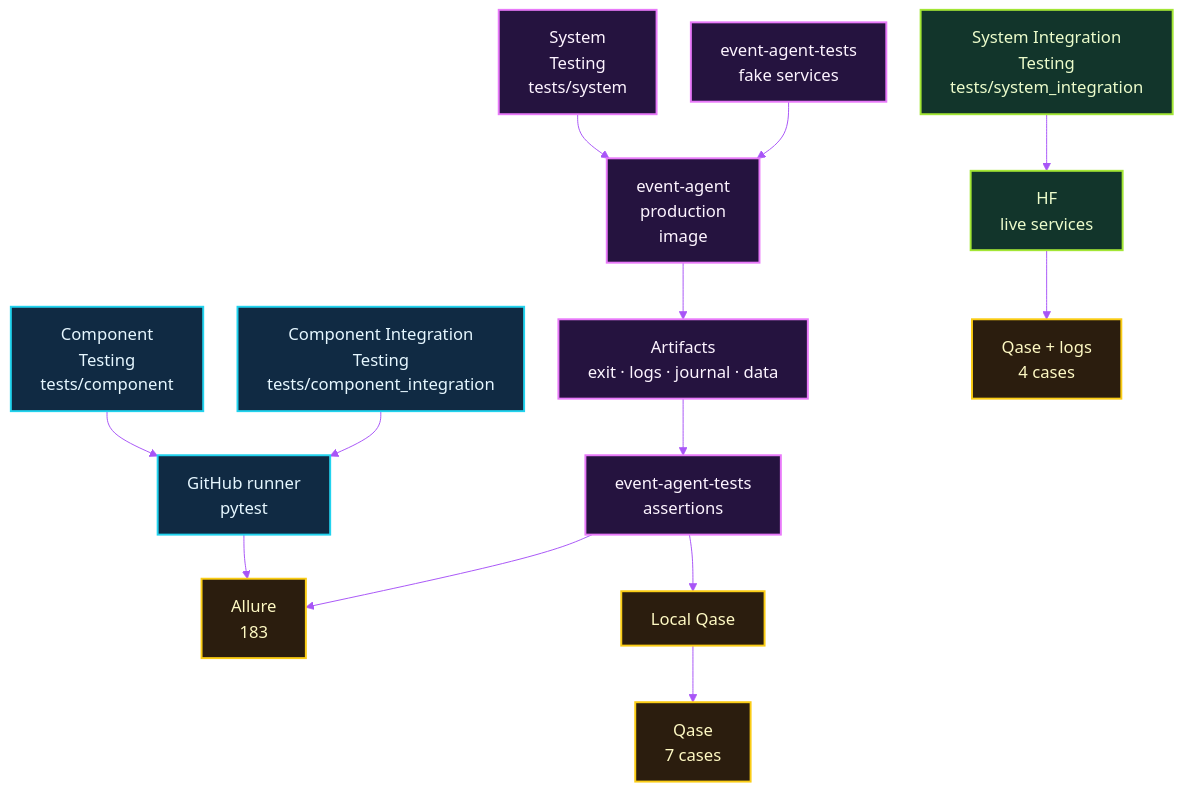
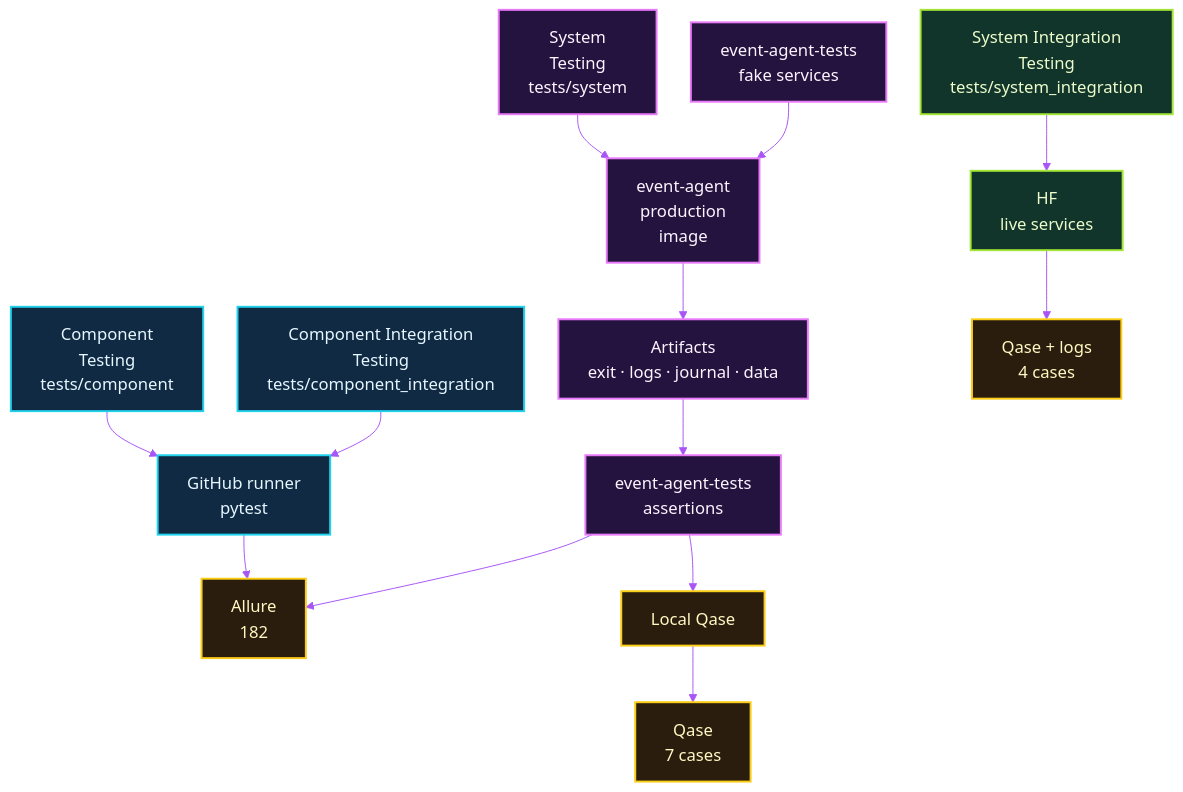
Before and after one commit to michalmarczuk/event-agent: the first of 3 diagrams in docs/TESTING.md, drawn with Mermaid. The commit also changed other lines of this file and 13 other files, not shown here.

````diff
--- a/docs/TESTING.md
+++ b/docs/TESTING.md
@@ -38,27 +37,27 @@
 ```mermaid
 %%{init: {'theme': 'base', 'themeVariables': {'background': '#07111f', 'primaryColor': '#102a43', 'primaryTextColor': '#e6f7ff', 'primaryBorderColor': '#22d3ee', 'secondaryColor': '#25133f', 'tertiaryColor': '#12352b', 'lineColor': '#a855f7', 'fontFamily': 'ui-sans-serif, system-ui', 'fontSize': '17px'}, 'flowchart': {'nodeSpacing': 35, 'rankSpacing': 45}}}%%
 flowchart TB
     component["Component<br/>Testing<br/>tests/component"] --> runner["GitHub runner<br/>pytest"]
     component_integration["Component Integration<br/>Testing<br/>tests/component_integration"] --> runner
-    runner --> allure["Allure<br/>183"]
+    runner --> allure["Allure<br/>182"]
 
     system["System<br/>Testing<br/>tests/system"] --> sut["event-agent<br/>production<br/>image"]
     fake["event-agent-tests<br/>fake services"] --> sut
     sut --> artifacts["Artifacts<br/>exit · logs · journal · data"]
     artifacts --> assertions["event-agent-tests<br/>assertions"]
     assertions --> allure
     assertions --> qase_local["Local Qase"]
     qase_local --> qase["Qase<br/>7 cases"]
 
     system_integration["System Integration<br/>Testing<br/>tests/system_integration"] --> hf["HF<br/>live services"]
     hf --> qase_live["Qase + logs<br/>4 cases"]
 
     classDef github fill:#102a43,stroke:#22d3ee,color:#e6f7ff,stroke-width:2px;
     classDef violet fill:#25133f,stroke:#e879f9,color:#fdf4ff,stroke-width:2px;
     classDef runtime fill:#12352b,stroke:#a3e635,color:#ecfccb,stroke-width:2px;
     classDef reporting fill:#2b1d0e,stroke:#facc15,color:#fef9c3,stroke-width:2px;
     class component,component_integration,runner github;
     class system,sut,fake,artifacts,assertions violet;
     class system_integration,hf runtime;
     class allure,qase_local,qase,qase_live reporting;
 ```
````
